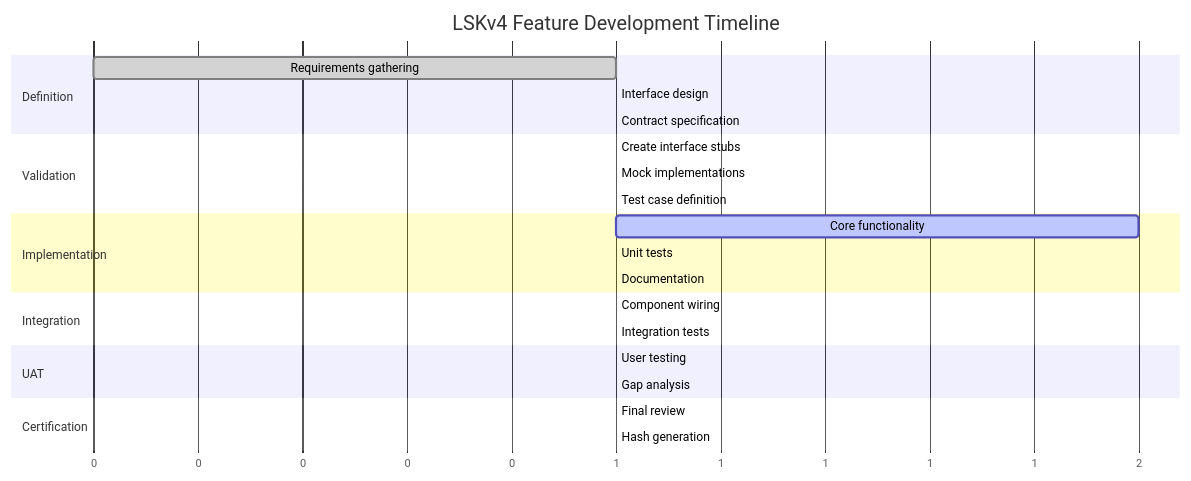
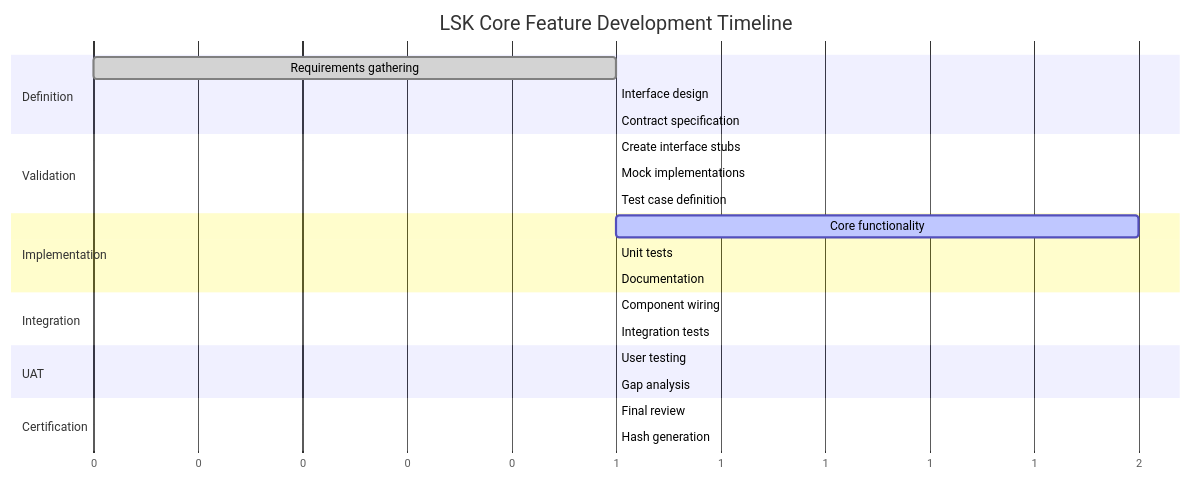
One commit to languageseed/lsk changed the eighth of 9 diagrams in lsk_core_v1.0.0/core/templates/workflows.md. Above: the diagram before and after it, drawn with Mermaid. The commit also changed other lines of this file and 27 other files, not shown here.

First line of the commit message:
Rebaseline to LSK Core v1.0.0 for public release

````diff
--- a/lsk_core_v1.0.0/core/templates/workflows.md
+++ b/lsk_core_v1.0.0/core/templates/workflows.md
@@ -225,33 +225,33 @@
 ```mermaid
 gantt
-    title LSKv4 Feature Development Timeline
+    title LSK Core Feature Development Timeline
     dateFormat  X
     axisFormat  %s
     
     section Definition
     Requirements gathering    :done, def1, 0, 1
     Interface design         :done, def2, after def1, 1
     Contract specification   :done, def3, after def2, 1
     
     section Validation  
     Create interface stubs   :done, val1, after def3, 1
     Mock implementations     :done, val2, after val1, 1
     Test case definition     :done, val3, after val2, 1
     
     section Implementation
     Core functionality       :active, impl1, after val3, 2
     Unit tests              :impl2, after impl1, 1
     Documentation           :impl3, after impl2, 1
     
     section Integration
     Component wiring        :int1, after impl3, 1
     Integration tests       :int2, after int1, 1
     
     section UAT
     User testing           :uat1, after int2, 1
     Gap analysis           :uat2, after uat1, 1
     
     section Certification
     Final review           :cert1, after uat2, 1
     Hash generation        :cert2, after cert1, 1
 ```
````
